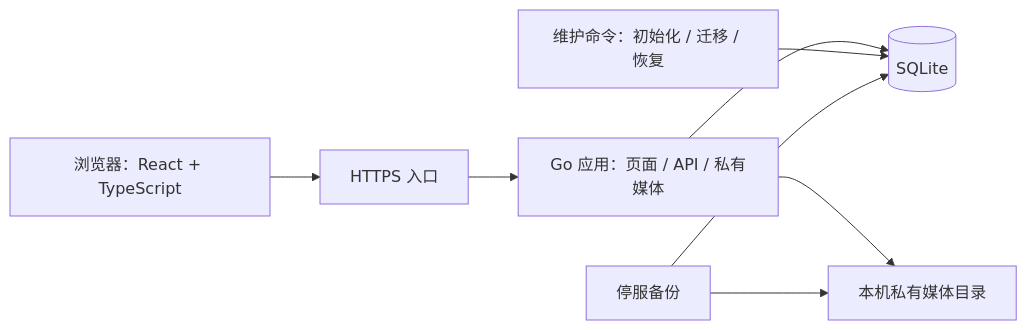
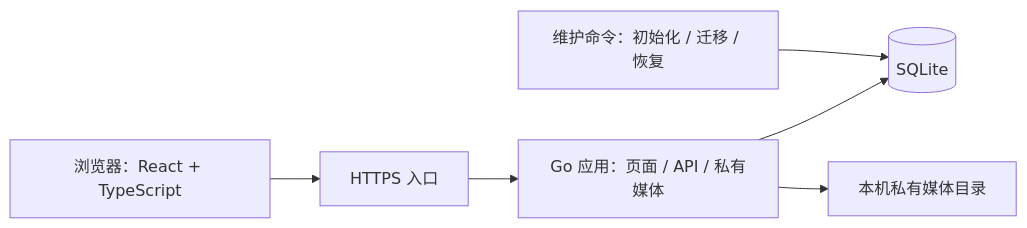
One commit to wookiisky/check-in-suite changed the diagram in docs/tech.md. Above: the diagram before and after it, drawn with Mermaid. The commit also changed other lines of this file and 2 other files, not shown here.

````diff
--- a/docs/tech.md
+++ b/docs/tech.md
@@ -68,10 +68,8 @@
 ```mermaid
 flowchart LR
     Browser[浏览器：React + TypeScript] --> HTTPS[HTTPS 入口]
     HTTPS --> App[Go 应用：页面 / API / 私有媒体]
     App --> DB[(SQLite)]
     App --> Media[本机私有媒体目录]
     Maintenance[维护命令：初始化 / 迁移 / 恢复] --> DB
-    Backup[停服备份] --> DB
-    Backup --> Media
 ```
````
